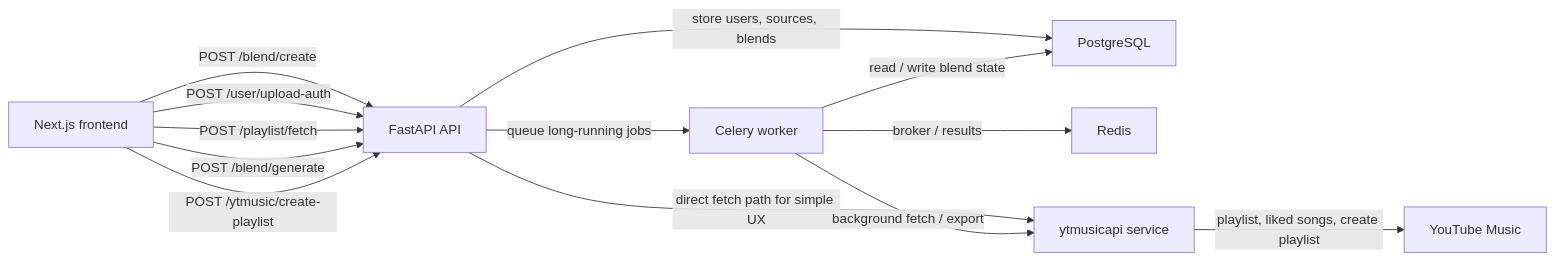
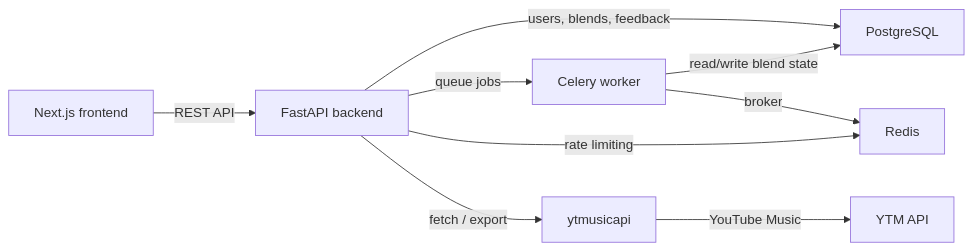
Before and after one commit to Erebuzzz/merge-ytm: the diagram in README.md, drawn with Mermaid. The commit also changed other lines of this file and 38 other files, not shown here.

````diff
--- a/README.md
+++ b/README.md
@@ -36,16 +36,11 @@
 ```mermaid
 flowchart LR
-    A["Next.js frontend"] -->|"POST /blend/create"| B["FastAPI API"]
-    A -->|"POST /user/upload-auth"| B
-    A -->|"POST /playlist/fetch"| B
-    A -->|"POST /blend/generate"| B
-    A -->|"POST /ytmusic/create-playlist"| B
-
-    B -->|"store users, sources, blends"| C["PostgreSQL"]
-    B -->|"queue long-running jobs"| D["Celery worker"]
-    D -->|"broker / results"| E["Redis"]
-    D -->|"read / write blend state"| C
-    B -->|"direct fetch path for simple UX"| F["ytmusicapi service"]
-    D -->|"background fetch / export"| F
-    F -->|"playlist, liked songs, create playlist"| G["YouTube Music"]
+    A["Next.js frontend"] -->|"REST API"| B["FastAPI backend"]
+    B -->|"users, blends, feedback"| C["PostgreSQL"]
+    B -->|"queue jobs"| D["Celery worker"]
+    D -->|"broker"| E["Redis"]
+    D -->|"read/write blend state"| C
+    B -->|"rate limiting"| E
+    B -->|"fetch / export"| F["ytmusicapi"]
+    F -->|"YouTube Music"| G["YTM API"]
 ```
````
